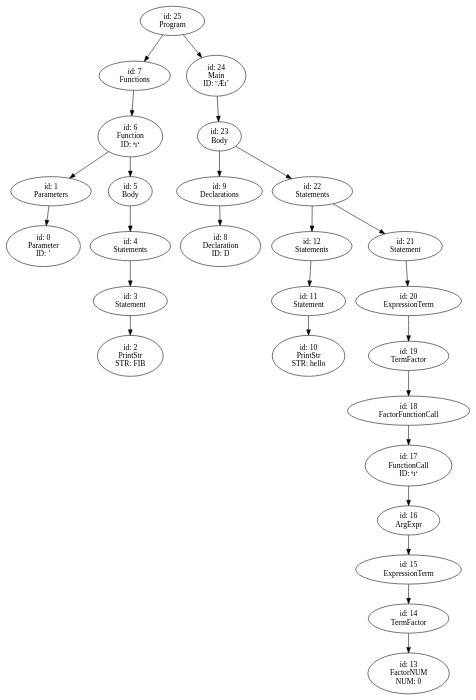
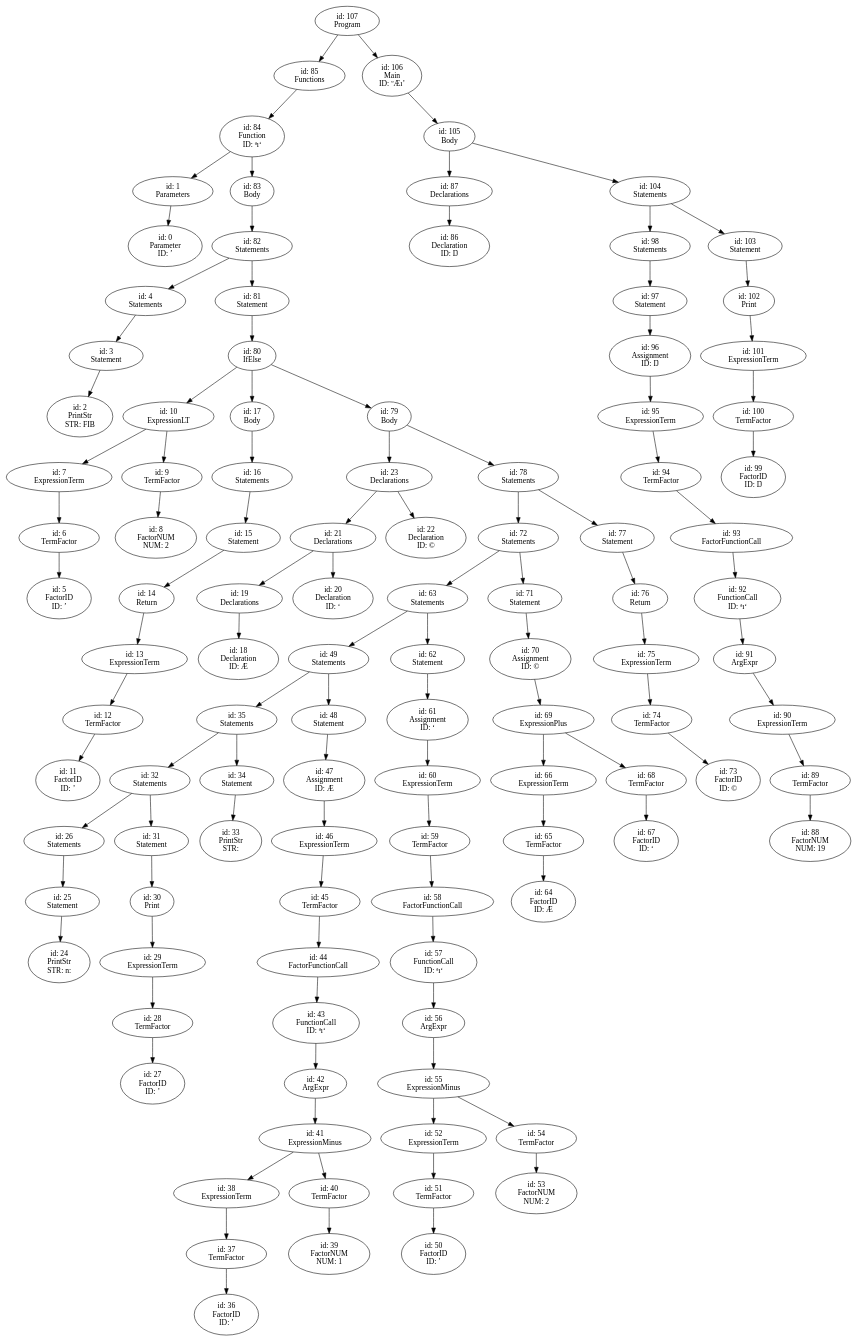
One commit to Finn-Artmann/Styx changed the diagram in study_project/ast.gv. Above: the diagram before and after it, drawn with Graphviz. The commit also changed 7 other files, not shown here.

```diff
--- a/study_project/ast.gv
+++ b/study_project/ast.gv
@@ -1,24 +1,27 @@
 digraph ast {
-n25 [label="id: 25
+n107 [label="id: 107
  Program"];
-n25 -> n7;
-n7 [label="id: 7
+n107 -> n85;
+n85 [label="id: 85
  Functions"];
-n7 -> n6;
-n6 [label="id: 6
+n85 -> n84;
+n84 [label="id: 84
  Function
  ID: ªı‘"];
-n6 -> n1;
+n84 -> n1;
 n1 [label="id: 1
  Parameters"];
 n1 -> n0;
 n0 [label="id: 0
  Parameter
  ID: ’"];
-n6 -> n5;
-n5 [label="id: 5
+n84 -> n83;
+n83 [label="id: 83
  Body"];
-n5 -> n4;
+n83 -> n82;
+n82 [label="id: 82
+ Statements"];
+n82 -> n4;
 n4 [label="id: 4
  Statements"];
 n4 -> n3;
@@ -29,61 +32,326 @@
  PrintStr
  STR: FIB
 "];
+n82 -> n81;
+n81 [label="id: 81
+ Statement"];
+n81 -> n80;
+n80 [label="id: 80
+ IfElse"];
+n80 -> n10;
+n10 [label="id: 10
+ ExpressionLT"];
+n10 -> n7;
+n7 [label="id: 7
+ ExpressionTerm"];
+n7 -> n6;
+n6 [label="id: 6
+ TermFactor"];
+n6 -> n5;
+n5 [label="id: 5
+ FactorID
+ ID: ’"];
+n10 -> n9;
+n9 [label="id: 9
+ TermFactor"];
+n9 -> n8;
+n8 [label="id: 8
+ FactorNUM
+ NUM: 2"];
+n80 -> n17;
+n17 [label="id: 17
+ Body"];
+n17 -> n16;
+n16 [label="id: 16
+ Statements"];
+n16 -> n15;
+n15 [label="id: 15
+ Statement"];
+n15 -> n14;
+n14 [label="id: 14
+ Return"];
+n14 -> n13;
+n13 [label="id: 13
+ ExpressionTerm"];
+n13 -> n12;
+n12 [label="id: 12
+ TermFactor"];
+n12 -> n11;
+n11 [label="id: 11
+ FactorID
+ ID: ’"];
+n80 -> n79;
+n79 [label="id: 79
+ Body"];
+n79 -> n23;
+n23 [label="id: 23
+ Declarations"];
+n23 -> n21;
+n21 [label="id: 21
+ Declarations"];
+n21 -> n19;
+n19 [label="id: 19
+ Declarations"];
+n19 -> n18;
+n18 [label="id: 18
+ Declaration
+ ID: Æ"];
+n21 -> n20;
+n20 [label="id: 20
+ Declaration
+ ID: ‘"];
+n23 -> n22;
+n22 [label="id: 22
+ Declaration
+ ID: ©"];
+n79 -> n78;
+n78 [label="id: 78
+ Statements"];
+n78 -> n72;
+n72 [label="id: 72
+ Statements"];
+n72 -> n63;
+n63 [label="id: 63
+ Statements"];
+n63 -> n49;
+n49 [label="id: 49
+ Statements"];
+n49 -> n35;
+n35 [label="id: 35
+ Statements"];
+n35 -> n32;
+n32 [label="id: 32
+ Statements"];
+n32 -> n26;
+n26 [label="id: 26
+ Statements"];
+n26 -> n25;
+n25 [label="id: 25
+ Statement"];
 n25 -> n24;
 n24 [label="id: 24
+ PrintStr
+ STR: n: "];
+n32 -> n31;
+n31 [label="id: 31
+ Statement"];
+n31 -> n30;
+n30 [label="id: 30
+ Print"];
+n30 -> n29;
+n29 [label="id: 29
+ ExpressionTerm"];
+n29 -> n28;
+n28 [label="id: 28
+ TermFactor"];
+n28 -> n27;
+n27 [label="id: 27
+ FactorID
+ ID: ’"];
+n35 -> n34;
+n34 [label="id: 34
+ Statement"];
+n34 -> n33;
+n33 [label="id: 33
+ PrintStr
+ STR: 
+"];
+n49 -> n48;
+n48 [label="id: 48
+ Statement"];
+n48 -> n47;
+n47 [label="id: 47
+ Assignment
+ ID: Æ"];
+n47 -> n46;
+n46 [label="id: 46
+ ExpressionTerm"];
+n46 -> n45;
+n45 [label="id: 45
+ TermFactor"];
+n45 -> n44;
+n44 [label="id: 44
+ FactorFunctionCall"];
+n44 -> n43;
+n43 [label="id: 43
+ FunctionCall
+ ID: ªı‘"];
+n43 -> n42;
+n42 [label="id: 42
+ ArgExpr"];
+n42 -> n41;
+n41 [label="id: 41
+ ExpressionMinus"];
+n41 -> n38;
+n38 [label="id: 38
+ ExpressionTerm"];
+n38 -> n37;
+n37 [label="id: 37
+ TermFactor"];
+n37 -> n36;
+n36 [label="id: 36
+ FactorID
+ ID: ’"];
+n41 -> n40;
+n40 [label="id: 40
+ TermFactor"];
+n40 -> n39;
+n39 [label="id: 39
+ FactorNUM
+ NUM: 1"];
+n63 -> n62;
+n62 [label="id: 62
+ Statement"];
+n62 -> n61;
+n61 [label="id: 61
+ Assignment
+ ID: ‘"];
+n61 -> n60;
+n60 [label="id: 60
+ ExpressionTerm"];
+n60 -> n59;
+n59 [label="id: 59
+ TermFactor"];
+n59 -> n58;
+n58 [label="id: 58
+ FactorFunctionCall"];
+n58 -> n57;
+n57 [label="id: 57
+ FunctionCall
+ ID: ªı‘"];
+n57 -> n56;
+n56 [label="id: 56
+ ArgExpr"];
+n56 -> n55;
+n55 [label="id: 55
+ ExpressionMinus"];
+n55 -> n52;
+n52 [label="id: 52
+ ExpressionTerm"];
+n52 -> n51;
+n51 [label="id: 51
+ TermFactor"];
+n51 -> n50;
+n50 [label="id: 50
+ FactorID
+ ID: ’"];
+n55 -> n54;
+n54 [label="id: 54
+ TermFactor"];
+n54 -> n53;
+n53 [label="id: 53
+ FactorNUM
+ NUM: 2"];
+n72 -> n71;
+n71 [label="id: 71
+ Statement"];
+n71 -> n70;
+n70 [label="id: 70
+ Assignment
+ ID: ©"];
+n70 -> n69;
+n69 [label="id: 69
+ ExpressionPlus"];
+n69 -> n66;
+n66 [label="id: 66
+ ExpressionTerm"];
+n66 -> n65;
+n65 [label="id: 65
+ TermFactor"];
+n65 -> n64;
+n64 [label="id: 64
+ FactorID
+ ID: Æ"];
+n69 -> n68;
+n68 [label="id: 68
+ TermFactor"];
+n68 -> n67;
+n67 [label="id: 67
+ FactorID
+ ID: ‘"];
+n78 -> n77;
+n77 [label="id: 77
+ Statement"];
+n77 -> n76;
+n76 [label="id: 76
+ Return"];
+n76 -> n75;
+n75 [label="id: 75
+ ExpressionTerm"];
+n75 -> n74;
+n74 [label="id: 74
+ TermFactor"];
+n74 -> n73;
+n73 [label="id: 73
+ FactorID
+ ID: ©"];
+n107 -> n106;
+n106 [label="id: 106
  Main
  ID: ºÆı’"];
-n24 -> n23;
-n23 [label="id: 23
+n106 -> n105;
+n105 [label="id: 105
  Body"];
-n23 -> n9;
-n9 [label="id: 9
+n105 -> n87;
+n87 [label="id: 87
  Declarations"];
-n9 -> n8;
-n8 [label="id: 8
+n87 -> n86;
+n86 [label="id: 86
  Declaration
  ID: Ŋ"];
-n23 -> n22;
-n22 [label="id: 22
+n105 -> n104;
+n104 [label="id: 104
  Statements"];
-n22 -> n12;
-n12 [label="id: 12
+n104 -> n98;
+n98 [label="id: 98
  Statements"];
-n12 -> n11;
-n11 [label="id: 11
+n98 -> n97;
+n97 [label="id: 97
  Statement"];
-n11 -> n10;
-n10 [label="id: 10
- PrintStr
- STR: hello
-"];
-n22 -> n21;
-n21 [label="id: 21
- Statement"];
-n21 -> n20;
-n20 [label="id: 20
+n97 -> n96;
+n96 [label="id: 96
+ Assignment
+ ID: Ŋ"];
+n96 -> n95;
+n95 [label="id: 95
  ExpressionTerm"];
-n20 -> n19;
-n19 [label="id: 19
+n95 -> n94;
+n94 [label="id: 94
  TermFactor"];
-n19 -> n18;
-n18 [label="id: 18
+n94 -> n93;
+n93 [label="id: 93
  FactorFunctionCall"];
-n18 -> n17;
-n17 [label="id: 17
+n93 -> n92;
+n92 [label="id: 92
  FunctionCall
  ID: ªı‘"];
-n17 -> n16;
-n16 [label="id: 16
+n92 -> n91;
+n91 [label="id: 91
  ArgExpr"];
-n16 -> n15;
-n15 [label="id: 15
+n91 -> n90;
+n90 [label="id: 90
  ExpressionTerm"];
-n15 -> n14;
-n14 [label="id: 14
+n90 -> n89;
+n89 [label="id: 89
  TermFactor"];
-n14 -> n13;
-n13 [label="id: 13
+n89 -> n88;
+n88 [label="id: 88
  FactorNUM
- NUM: 0"];
+ NUM: 19"];
+n104 -> n103;
+n103 [label="id: 103
+ Statement"];
+n103 -> n102;
+n102 [label="id: 102
+ Print"];
+n102 -> n101;
+n101 [label="id: 101
+ ExpressionTerm"];
+n101 -> n100;
+n100 [label="id: 100
+ TermFactor"];
+n100 -> n99;
+n99 [label="id: 99
+ FactorID
+ ID: Ŋ"];
 }
```
